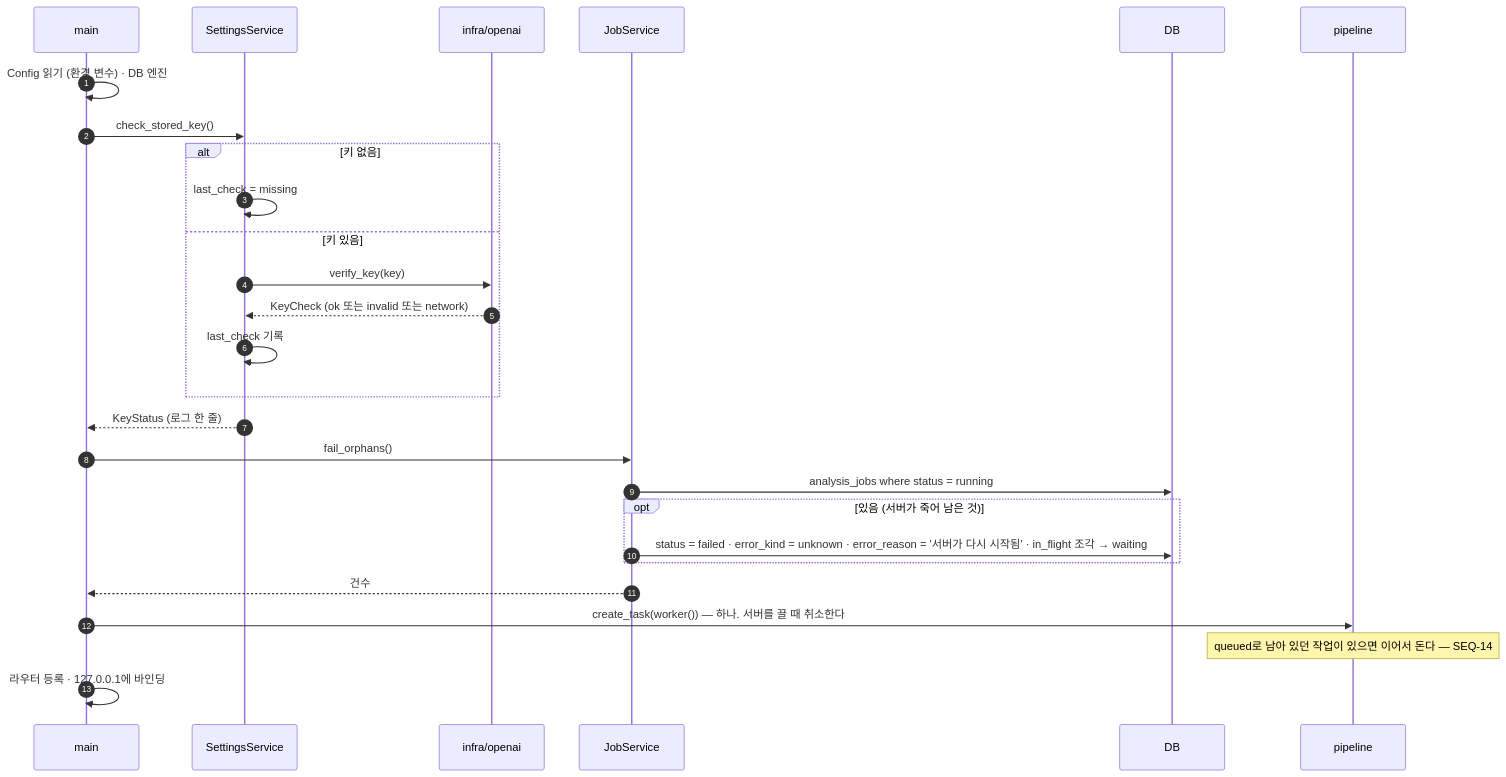
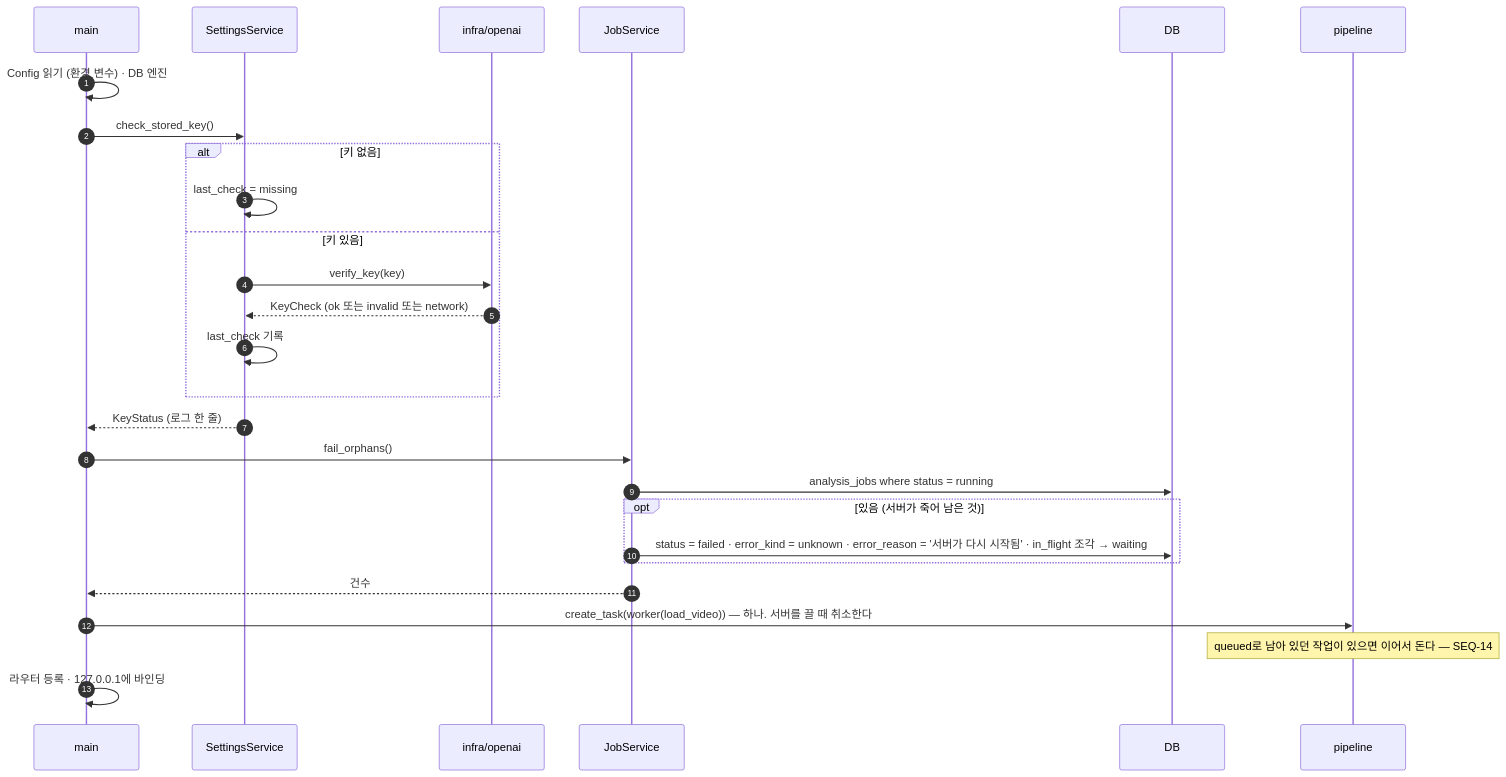
Diagram 13 of 15 in docs/specs/09-SEQ/VA-SEQ-001.md (HoyoungParkme/video-agent), drawn with Mermaid before and after one commit. The commit also changed other lines of this file, not shown here.

Commit message:
되먹임 반영 — .env 제자리 쓰기(SEQ-12), 워커는 load_video로 영상을 얻고 삭제 뒤 wake(SEQ-11·13·14)

````diff
--- a/docs/specs/09-SEQ/VA-SEQ-001.md
+++ b/docs/specs/09-SEQ/VA-SEQ-001.md
@@ -870,30 +870,30 @@
 ```mermaid
 sequenceDiagram
     autonumber
     participant MN as main
     participant SS as SettingsService
     participant OA as infra/openai
     participant JS as JobService
     participant DB
     participant PL as pipeline
 
     MN->>MN: Config 읽기 (환경 변수) · DB 엔진
     MN->>SS: check_stored_key()
     alt 키 없음
         SS->>SS: last_check = missing
     else 키 있음
         SS->>OA: verify_key(key)
         OA-->>SS: KeyCheck (ok 또는 invalid 또는 network)
         SS->>SS: last_check 기록
     end
     SS-->>MN: KeyStatus (로그 한 줄)
     MN->>JS: fail_orphans()
     JS->>DB: analysis_jobs where status = running
     opt 있음 (서버가 죽어 남은 것)
         JS->>DB: status = failed · error_kind = unknown · error_reason = '서버가 다시 시작됨' · in_flight 조각 → waiting
     end
     JS-->>MN: 건수
-    MN->>PL: create_task(worker()) — 하나. 서버를 끌 때 취소한다
+    MN->>PL: create_task(worker(load_video)) — 하나. 서버를 끌 때 취소한다
     Note over PL: queued로 남아 있던 작업이 있으면 이어서 돈다 — SEQ-14
     MN->>MN: 라우터 등록 · 127.0.0.1에 바인딩
 ```
````
